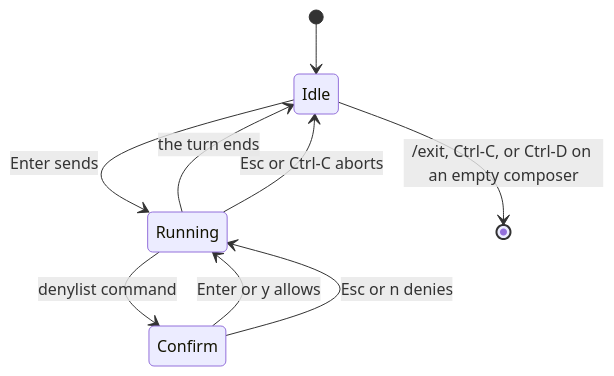
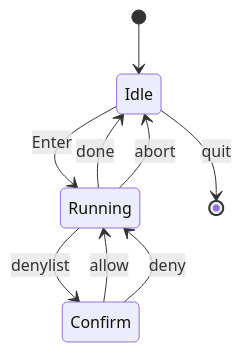
Before and after one commit to zyy17/pigo: the third of 3 diagrams in docs/tui.md, drawn with Mermaid. The commit also changed other lines of this file and 5 other files, not shown here.

First line of the commit message:
docs: fix clipped labels in TUI diagrams

````diff
--- a/docs/tui.md
+++ b/docs/tui.md
@@ -61,11 +61,11 @@
 ```mermaid
 stateDiagram-v2
     [*] --> Idle
-    Idle --> Running: Enter sends
-    Running --> Confirm: denylist command
-    Confirm --> Running: Enter or y allows
-    Confirm --> Running: Esc or n denies
-    Running --> Idle: the turn ends
-    Running --> Idle: Esc or Ctrl-C aborts
-    Idle --> [*]: /exit, Ctrl-C, or Ctrl-D on an empty composer
+    Idle --> Running: Enter
+    Running --> Confirm: denylist
+    Confirm --> Running: allow
+    Confirm --> Running: deny
+    Running --> Idle: done
+    Running --> Idle: abort
+    Idle --> [*]: quit
 ```
````
